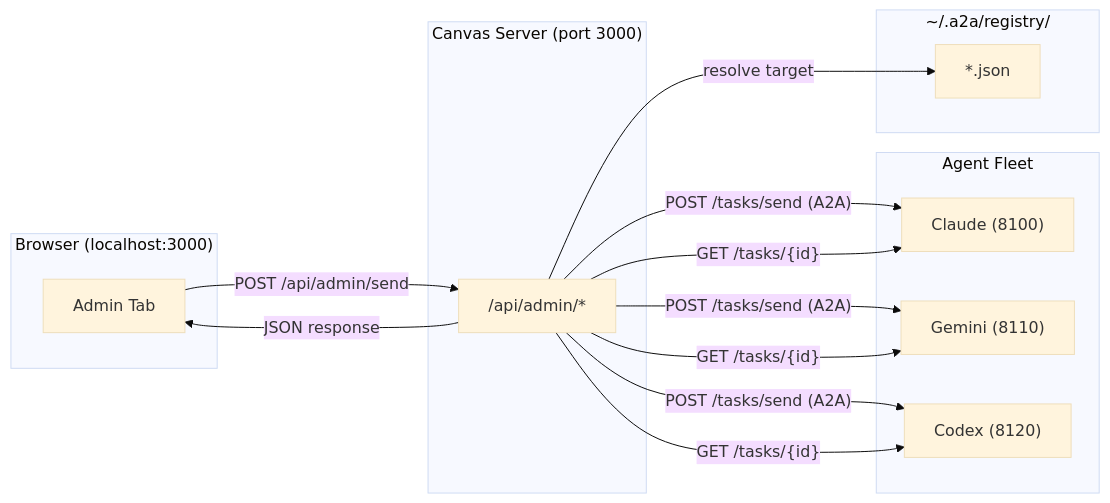
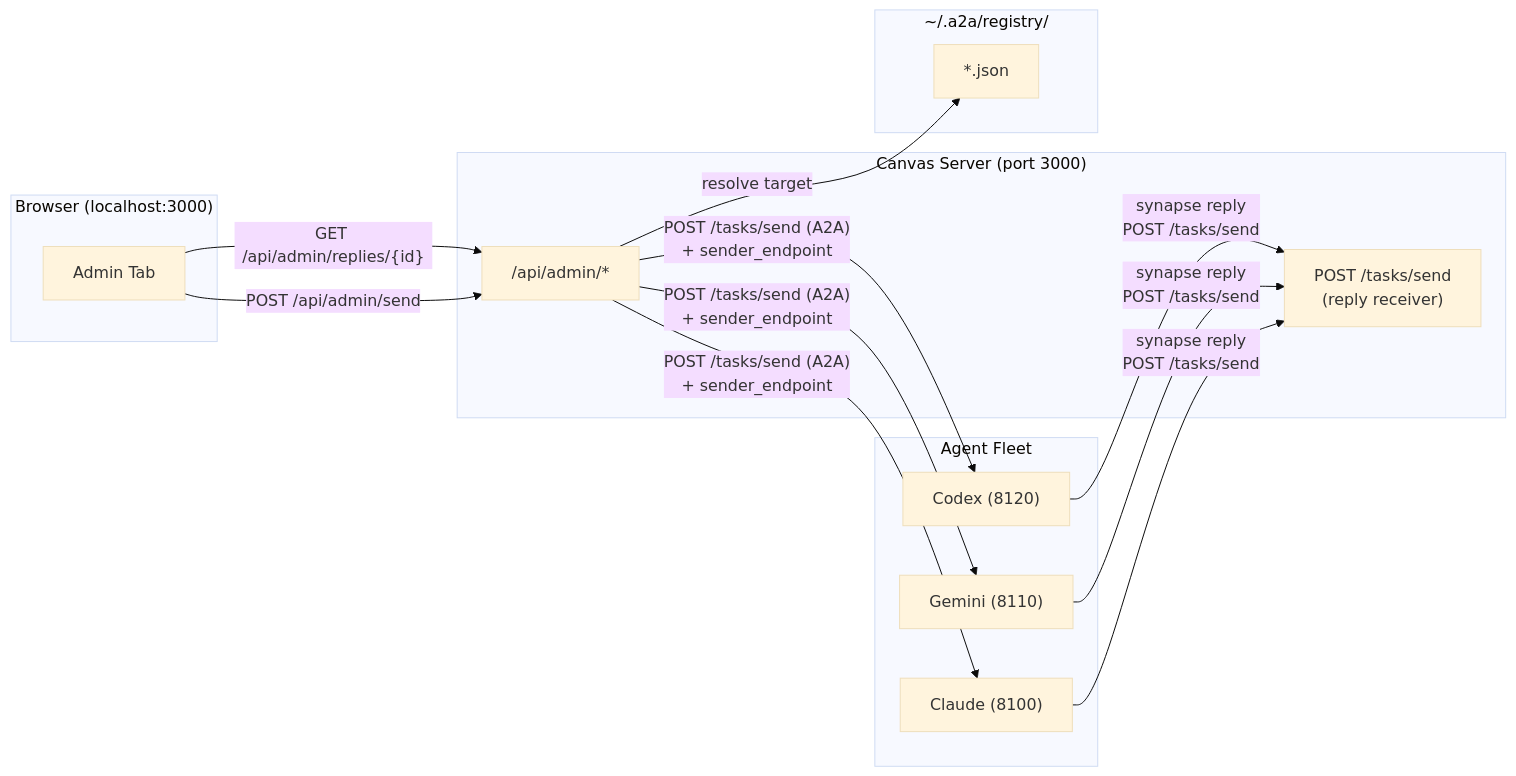
Before and after one commit to s-hiraoku/synapse-a2a: the first of 5 diagrams in docs/admin-command-center.md, drawn with Mermaid (base theme). The commit also changed other lines of this file and 11 other files, not shown here.

First line of the commit message:
feat: replace admin PTY streaming with reply-based response flow

````diff
--- a/docs/admin-command-center.md
+++ b/docs/admin-command-center.md
@@ -11,30 +11,31 @@
 ```mermaid
 flowchart LR
     subgraph Browser["Browser (localhost:3000)"]
         AdminTab["Admin Tab"]
     end
 
     subgraph CanvasServer["Canvas Server (port 3000)"]
         AdminAPI["/api/admin/*"]
+        ReplyAPI["POST /tasks/send\n(reply receiver)"]
     end
 
     subgraph Agents["Agent Fleet"]
         A1["Claude (8100)"]
         A2["Gemini (8110)"]
         A3["Codex (8120)"]
     end
 
     subgraph Registry["~/.a2a/registry/"]
         RegFiles["*.json"]
     end
 
     AdminTab -- "POST /api/admin/send" --> AdminAPI
-    AdminAPI -- "POST /tasks/send (A2A)" --> A1
-    AdminAPI -- "POST /tasks/send (A2A)" --> A2
-    AdminAPI -- "POST /tasks/send (A2A)" --> A3
+    AdminAPI -- "POST /tasks/send (A2A)\n+ sender_endpoint" --> A1
+    AdminAPI -- "POST /tasks/send (A2A)\n+ sender_endpoint" --> A2
+    AdminAPI -- "POST /tasks/send (A2A)\n+ sender_endpoint" --> A3
     AdminAPI -- "resolve target" --> RegFiles
-    AdminAPI -- "GET /tasks/{id}" --> A1
-    AdminAPI -- "GET /tasks/{id}" --> A2
-    AdminAPI -- "GET /tasks/{id}" --> A3
-    AdminAPI -- "JSON response" --> AdminTab
+    A1 -- "synapse reply\nPOST /tasks/send" --> ReplyAPI
+    A2 -- "synapse reply\nPOST /tasks/send" --> ReplyAPI
+    A3 -- "synapse reply\nPOST /tasks/send" --> ReplyAPI
+    AdminTab -- "GET /api/admin/replies/{id}" --> AdminAPI
 ```
````
